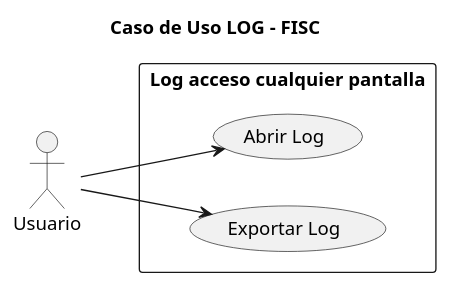
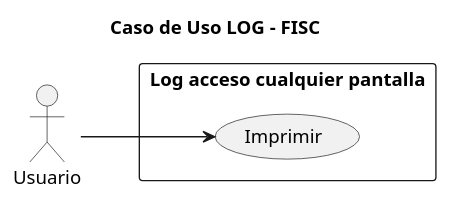
One commit to mmasias/23-24-IdSw1-SDR changed the diagram in casosDeUso/casoUsoLog.puml. Above: the diagram before and after it, drawn with PlantUML. The commit also changed 6 other files, not shown here.

```diff
--- a/casosDeUso/casoUsoLog.puml
+++ b/casosDeUso/casoUsoLog.puml
@@ -1,16 +1,15 @@
 @startuml
 title Caso de Uso LOG - FISC
 
 left to right direction
 
 actor Usuario as user
 
 
 rectangle "Log acceso cualquier pantalla" {
-    usecase "Abrir Log" as log
-    usecase "Exportar Log" as exlog
+    usecase "Imprimir" as log
 }
 
 user --> log
-user --> exlog
+
 @enduml
```
